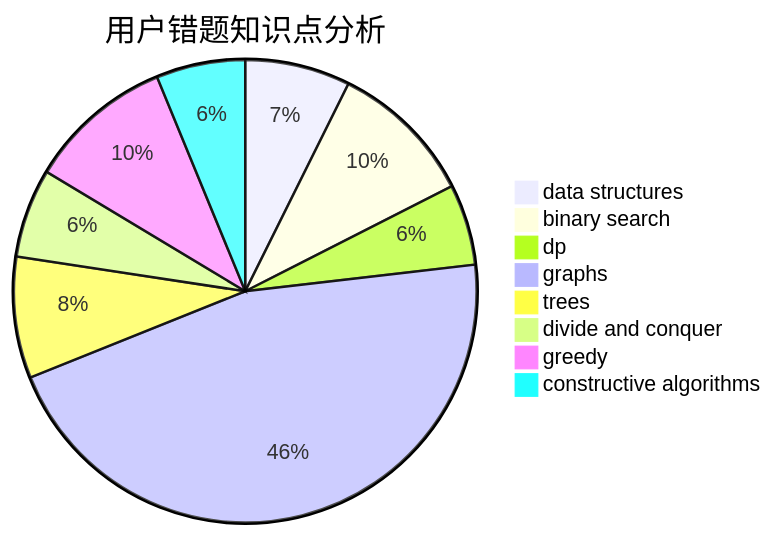
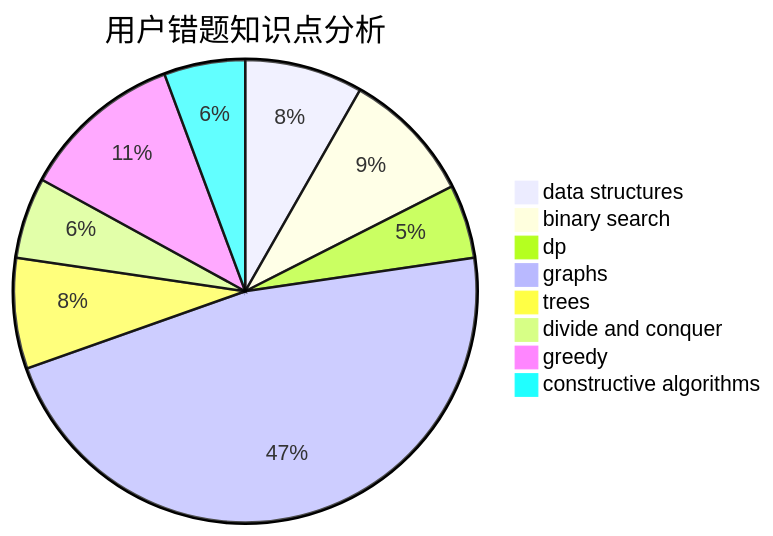
The third of 3 diagrams in docs/user/u944.md (sherpahu/cfrs.github.io), drawn with Mermaid before and after one commit. The commit also changed other lines of this file and 2770 other files, not shown here.

````diff
--- a/docs/user/u944.md
+++ b/docs/user/u944.md
@@ -36,11 +36,11 @@
 ```mermaid
 pie title 用户错题知识点分析
-    "data structures" :  13
+    "data structures" :  16
     "binary search" :  18
     "dp" :  10
-    "graphs" :  81
+    "graphs" :  91
     "trees" :  15
     "divide and conquer" :  11
-    "greedy" :  18
+    "greedy" :  22
     "constructive algorithms" :  11
 ```
````
